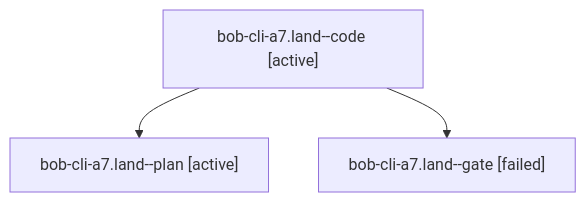
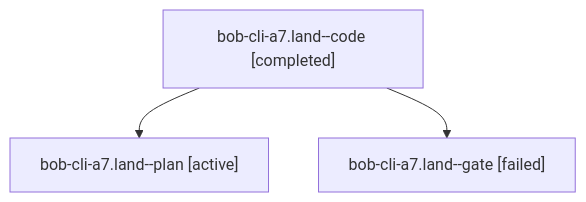
One commit to bobs-org/bob-cli--agents changed the diagram in sessions/bbugyi200.athena.bob-cli-a7.land.md. Above: the diagram before and after it, drawn with Mermaid. The commit also changed other lines of this file and 51 other files, not shown here.

````diff
--- a/sessions/bbugyi200.athena.bob-cli-a7.land.md
+++ b/sessions/bbugyi200.athena.bob-cli-a7.land.md
@@ -9,8 +9,8 @@
 ```mermaid
 flowchart TD
-  n0["bob-cli-a7.land--code [active]"]
+  n0["bob-cli-a7.land--code [completed]"]
   n1["bob-cli-a7.land--plan [active]"]
   n0 --> n1
   n2["bob-cli-a7.land--gate [failed]"]
   n0 --> n2
 ```
````
